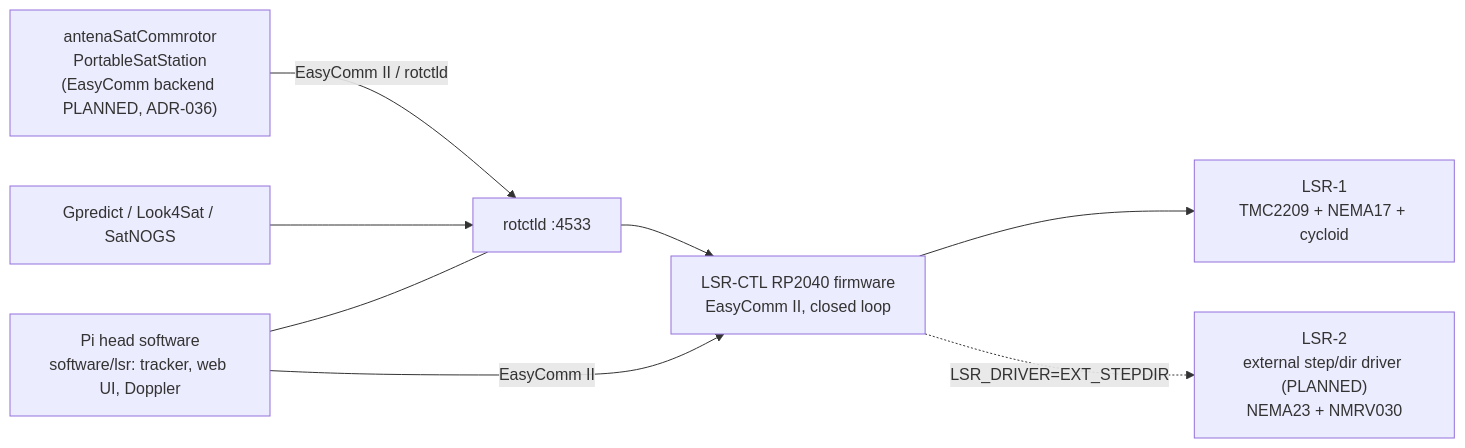
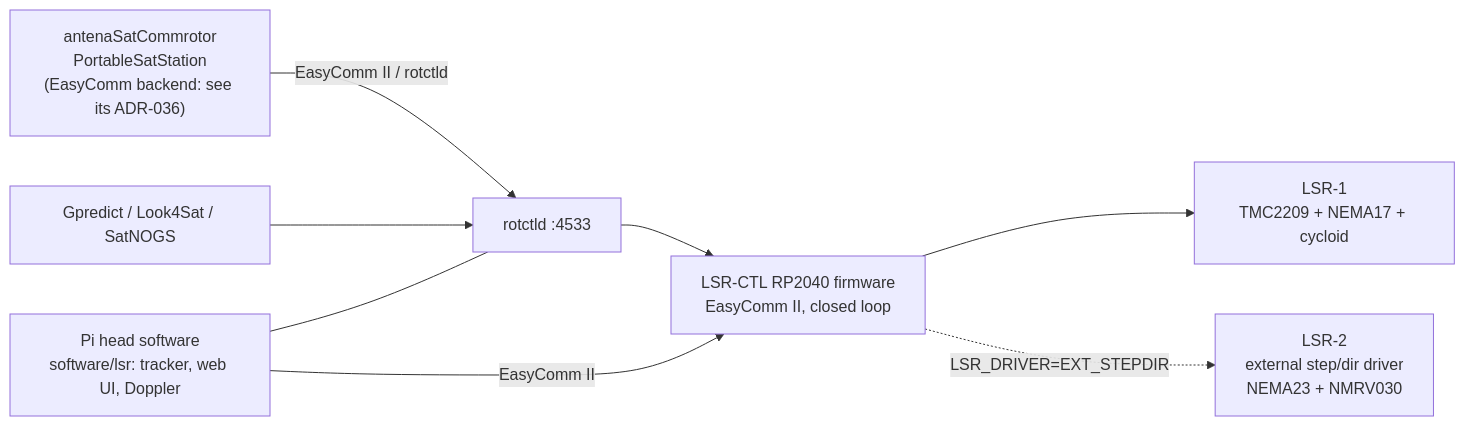
One commit to Brico-Hams/libresat-rotator changed the diagram in docs/ARCHITECTURE.md. Above: the diagram before and after it, drawn with Mermaid. The commit also changed other lines of this file and 161 other files, not shown here.

````diff
--- a/docs/ARCHITECTURE.md
+++ b/docs/ARCHITECTURE.md
@@ -23,17 +23,17 @@
 ```mermaid
 flowchart LR
-    PSS["antenaSatCommrotor<br/>PortableSatStation<br/>(EasyComm backend PLANNED, ADR-036)"]
+    PSS["antenaSatCommrotor<br/>PortableSatStation<br/>(EasyComm backend: see its ADR-036)"]
     GP["Gpredict / Look4Sat / SatNOGS"]
     PI["Pi head software<br/>software/lsr: tracker, web UI, Doppler"]
     RC["rotctld :4533"]
     CTL["LSR-CTL RP2040 firmware<br/>EasyComm II, closed loop"]
     L1["LSR-1<br/>TMC2209 + NEMA17 + cycloid"]
-    L2["LSR-2<br/>external step/dir driver (PLANNED)<br/>NEMA23 + NMRV030"]
+    L2["LSR-2<br/>external step/dir driver<br/>NEMA23 + NMRV030"]
     PSS -->|EasyComm II / rotctld| RC
     GP --> RC
     PI --- RC
     RC --> CTL
     PI -->|EasyComm II| CTL
     CTL --> L1
     CTL -.->|LSR_DRIVER=EXT_STEPDIR| L2
 ```
````
